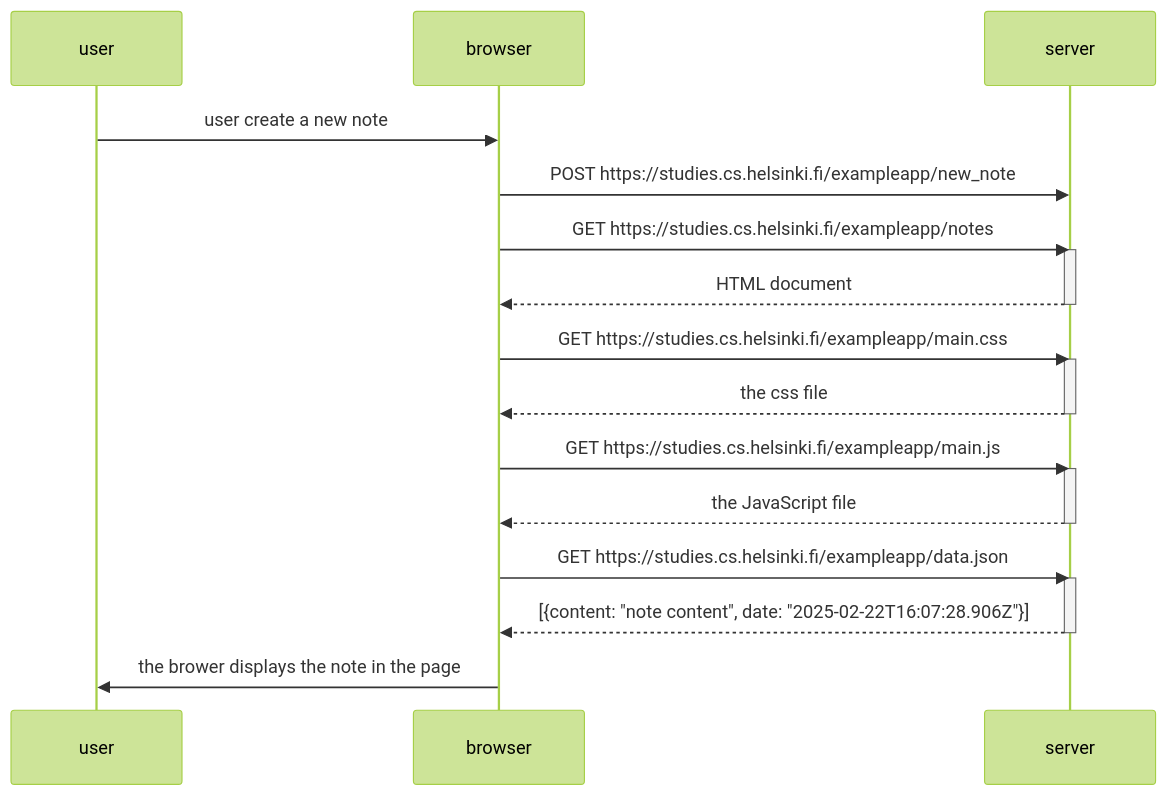
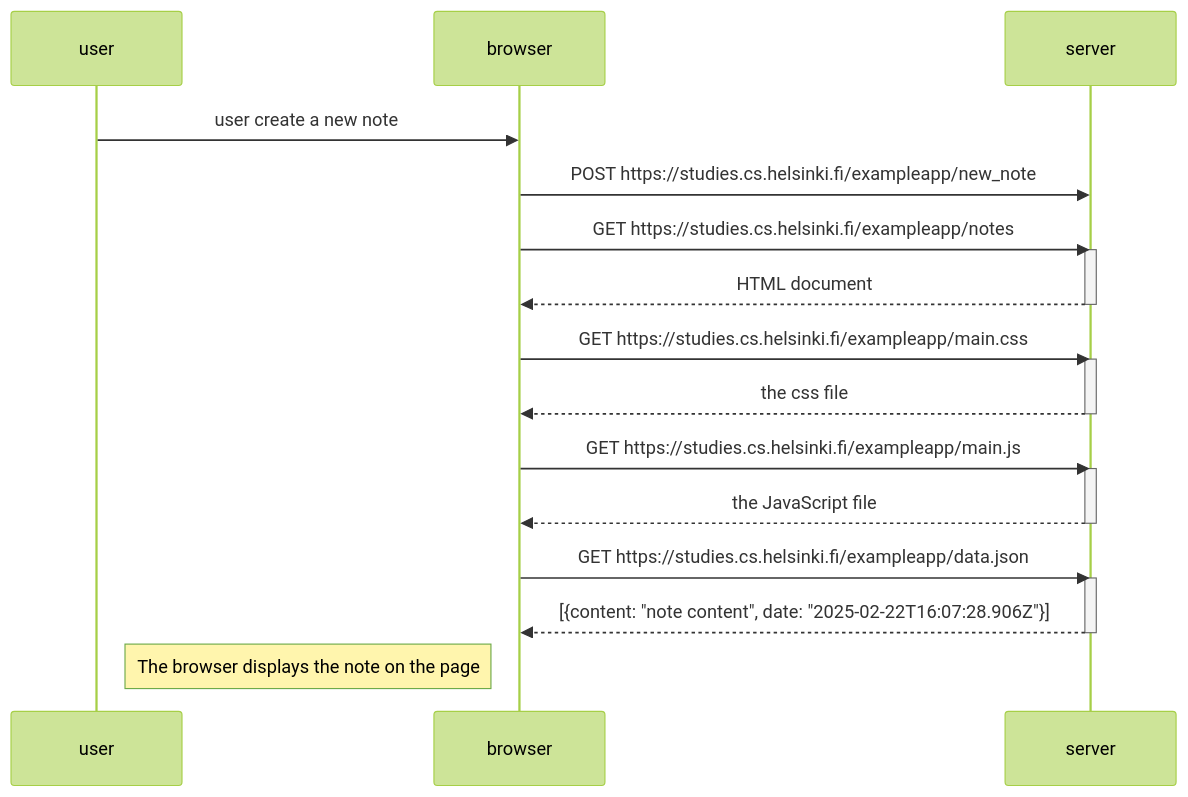
Before and after one commit to ancafu123/fullstackopen: the diagram in 0.4.mermaid, drawn with Mermaid.

```diff
--- a/0.4.mermaid
+++ b/0.4.mermaid
@@ -1,33 +1,33 @@
 ---
 config:
   theme: forest
 ---
 sequenceDiagram
     participant user
     participant browser
     participant server
 
     user->>browser: user create a new note
 
     browser->>server: POST https://studies.cs.helsinki.fi/exampleapp/new_note
     browser->>server: GET https://studies.cs.helsinki.fi/exampleapp/notes
     activate server
     server-->>browser: HTML document
     deactivate server
 
     browser->>server: GET https://studies.cs.helsinki.fi/exampleapp/main.css
     activate server
     server-->>browser: the css file
     deactivate server
 
     browser->>server: GET https://studies.cs.helsinki.fi/exampleapp/main.js
     activate server
     server-->>browser: the JavaScript file
     deactivate server
 
     browser->>server: GET https://studies.cs.helsinki.fi/exampleapp/data.json
     activate server
     server-->>browser: [{content: "note content", date: "2025-02-22T16:07:28.906Z"}]
     deactivate server
 
-    browser->>user: the brower displays the note in the page
+    Note left of browser: The browser displays the note on the page
```
